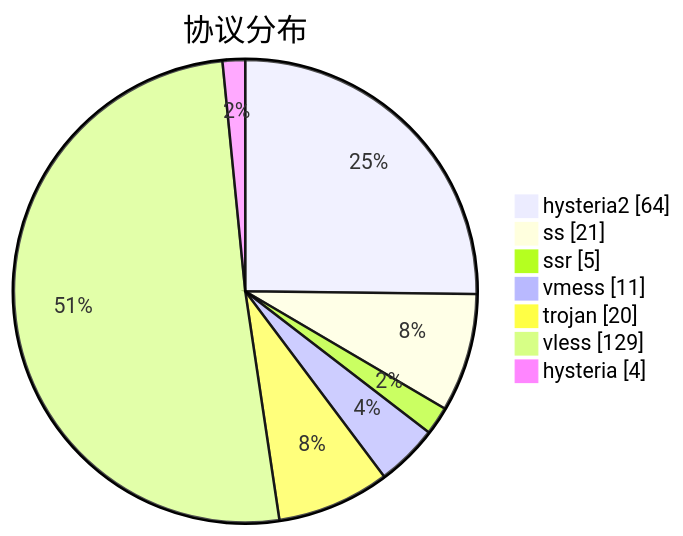
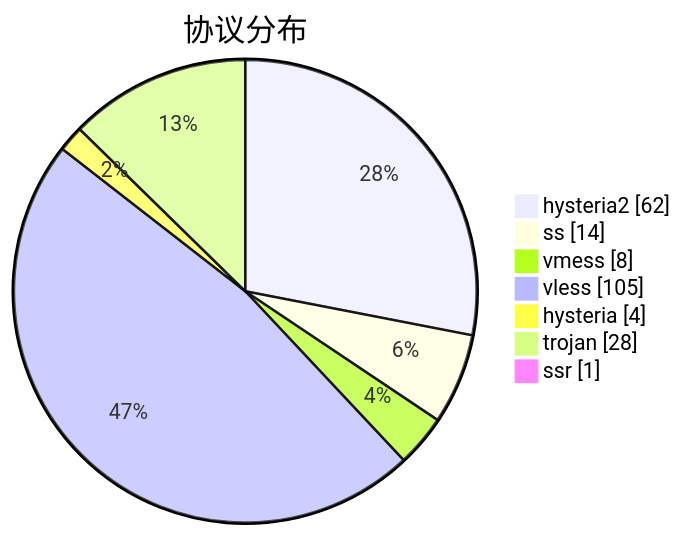
One commit to sinspired/airport changed the third of 3 diagrams in subs/statistics/tested_within.md. Above: the diagram before and after it, drawn with Mermaid. The commit also changed other lines of this file and 2 other files, not shown here.

````diff
--- a/subs/statistics/tested_within.md
+++ b/subs/statistics/tested_within.md
@@ -41,11 +36,11 @@
 ```mermaid
 pie showData
 title 协议分布
-"hysteria2" : 64
-"ss" : 21
-"ssr" : 5
-"vmess" : 11
-"trojan" : 20
-"vless" : 129
+"hysteria2" : 62
+"ss" : 14
+"vmess" : 8
+"vless" : 105
 "hysteria" : 4
+"trojan" : 28
+"ssr" : 1
 ```
````
